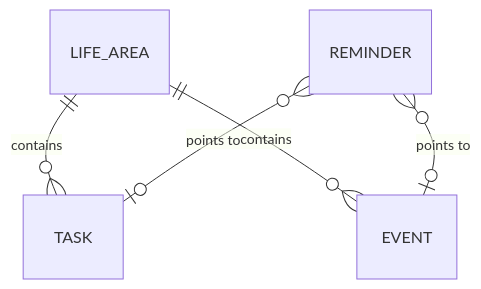
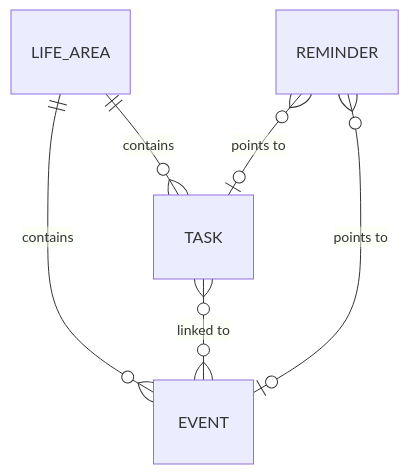
One commit to fabiombarreto/praesto-sum changed the diagram in documentation/30-architecture/domain-model.md. Above: the diagram before and after it, drawn with Mermaid. The commit also changed other lines of this file and 2 other files, not shown here.

````diff
--- a/documentation/30-architecture/domain-model.md
+++ b/documentation/30-architecture/domain-model.md
@@ -18,7 +18,8 @@
 ```mermaid
 erDiagram
     LIFE_AREA ||--o{ TASK : contains
     LIFE_AREA ||--o{ EVENT : contains
+    TASK }o--o{ EVENT : "linked to"
     REMINDER }o--o| TASK : "points to"
     REMINDER }o--o| EVENT : "points to"
 ```
````
